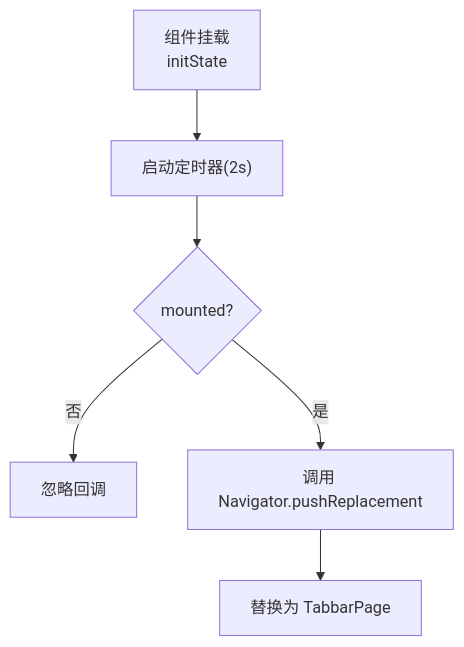
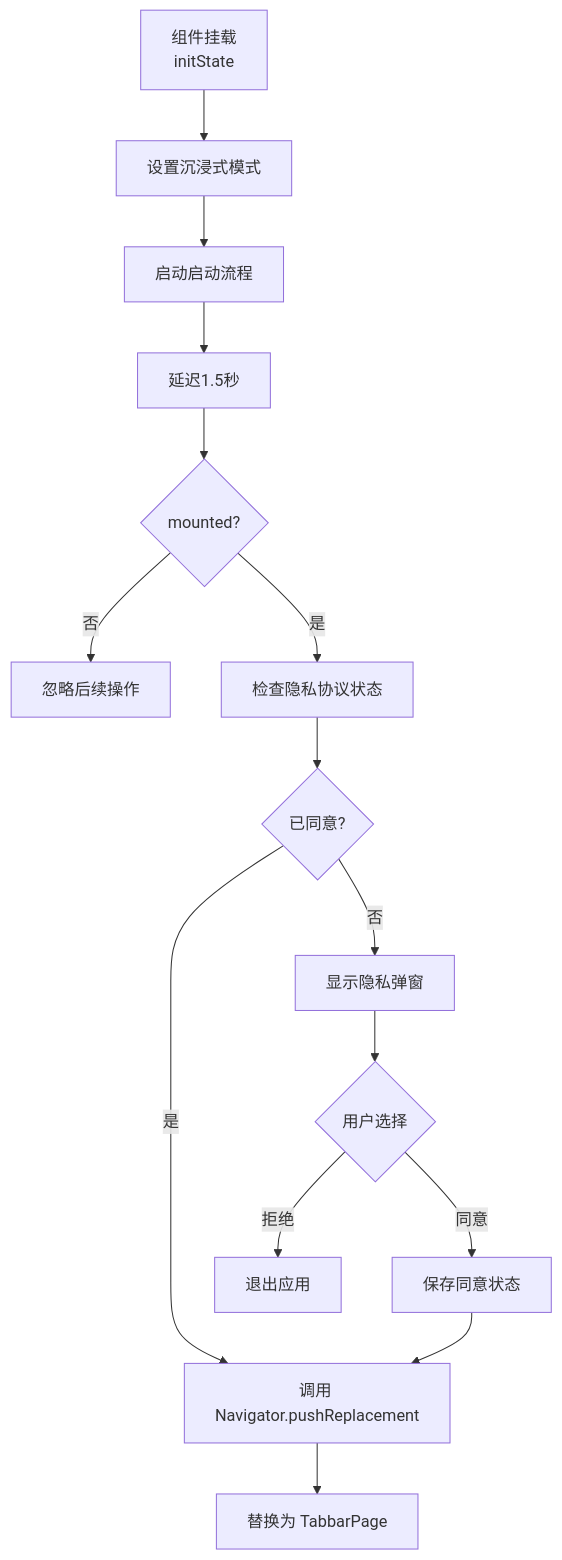
Before and after one commit to sfandy126/zslx_flutter: the third of 4 diagrams in .qoder/repowiki/zh/content/核心模块/启动模块.md, drawn with Mermaid. The commit also changed other lines of this file and 56 other files, not shown here.

````diff
--- a/.qoder/repowiki/zh/content/核心模块/启动模块.md
+++ b/.qoder/repowiki/zh/content/核心模块/启动模块.md
@@ -118,8 +157,17 @@
 ```mermaid
 flowchart TD
-S["组件挂载<br/>initState"] --> T["启动定时器(2s)"]
-T --> M{"mounted?"}
-M -- 否 --> X["忽略回调"]
-M -- 是 --> N["调用 Navigator.pushReplacement"]
+S["组件挂载<br/>initState"] --> U["设置沉浸式模式"]
+U --> T["启动启动流程"]
+T --> D["延迟1.5秒"]
+D --> M{"mounted?"}
+M -- 否 --> X["忽略后续操作"]
+M -- 是 --> P["检查隐私协议状态"]
+P --> C{"已同意?"}
+C -- 是 --> N["调用 Navigator.pushReplacement"]
 N --> R["替换为 TabbarPage"]
+C -- 否 --> A["显示隐私弹窗"]
+A --> W{"用户选择"}
+W -- 同意 --> S1["保存同意状态"]
+S1 --> N
+W -- 拒绝 --> E["退出应用"]
 ```
````
